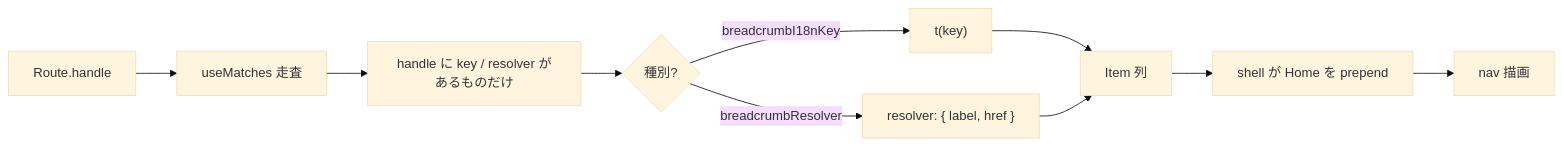
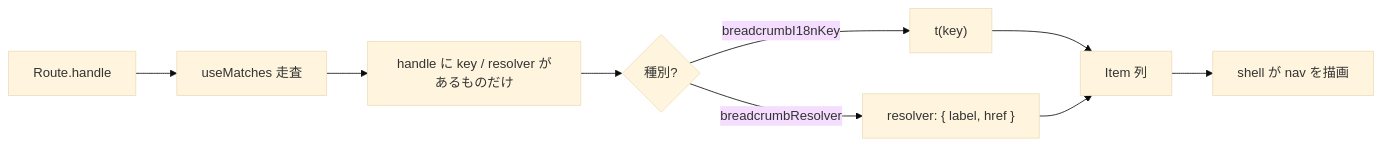
Before and after one commit to ddbj/db-portal: the fourth of 5 diagrams in docs/content.md, drawn with Mermaid (base theme). The commit also changed other lines of this file and 15 other files, not shown here.

````diff
--- a/docs/content.md
+++ b/docs/content.md
@@ -140,12 +129,11 @@
 ```mermaid
 flowchart LR
   Route["Route.handle"] --> UseMatches[useMatches 走査]
   UseMatches --> Filter["handle に key / resolver があるものだけ"]
   Filter --> Branch{種別?}
   Branch -- breadcrumbI18nKey --> I18n["t(key)"]
   Branch -- breadcrumbResolver --> Resolver["resolver: { label, href }"]
   I18n --> Item[Item 列]
   Resolver --> Item
-  Item --> Shell["shell が Home を prepend"]
-  Shell --> Render[nav 描画]
+  Item --> Render["shell が nav を描画"]
 ```
````
